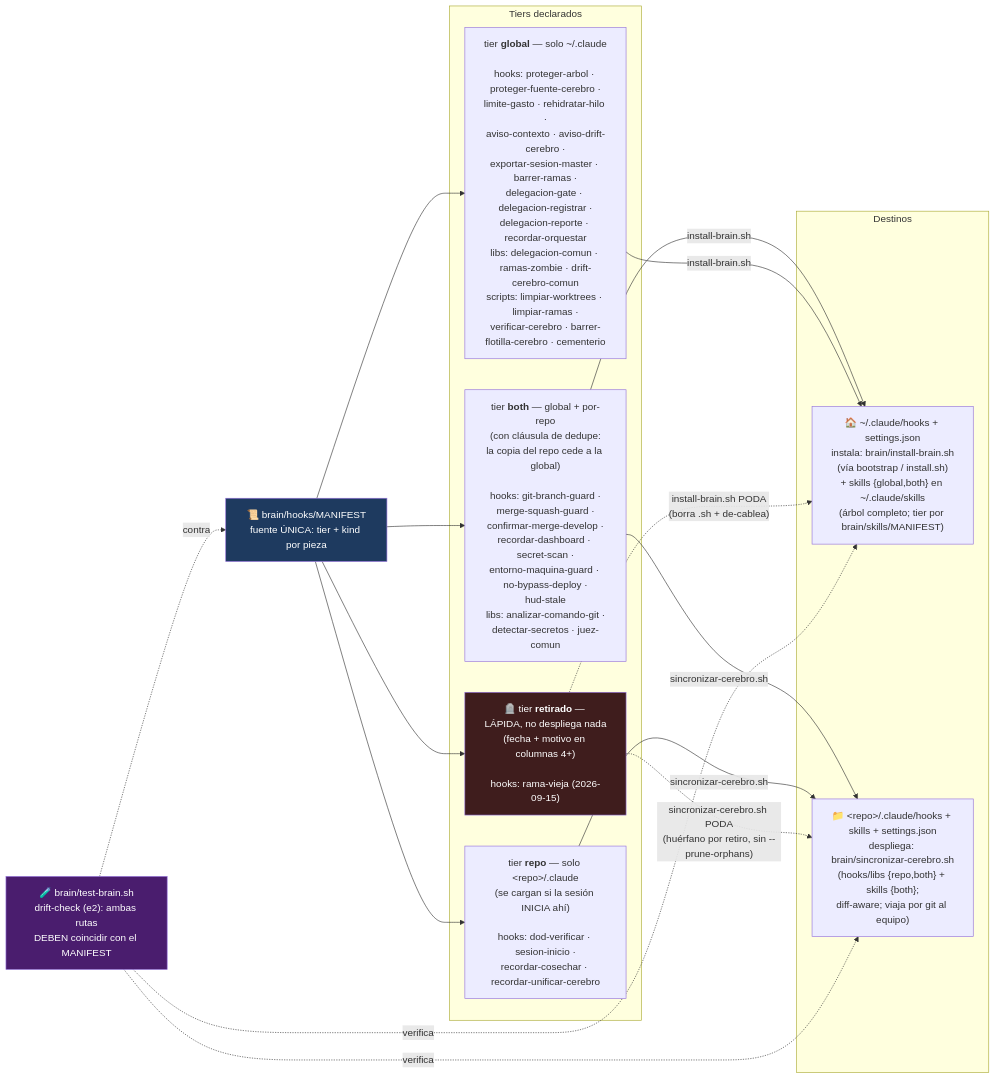
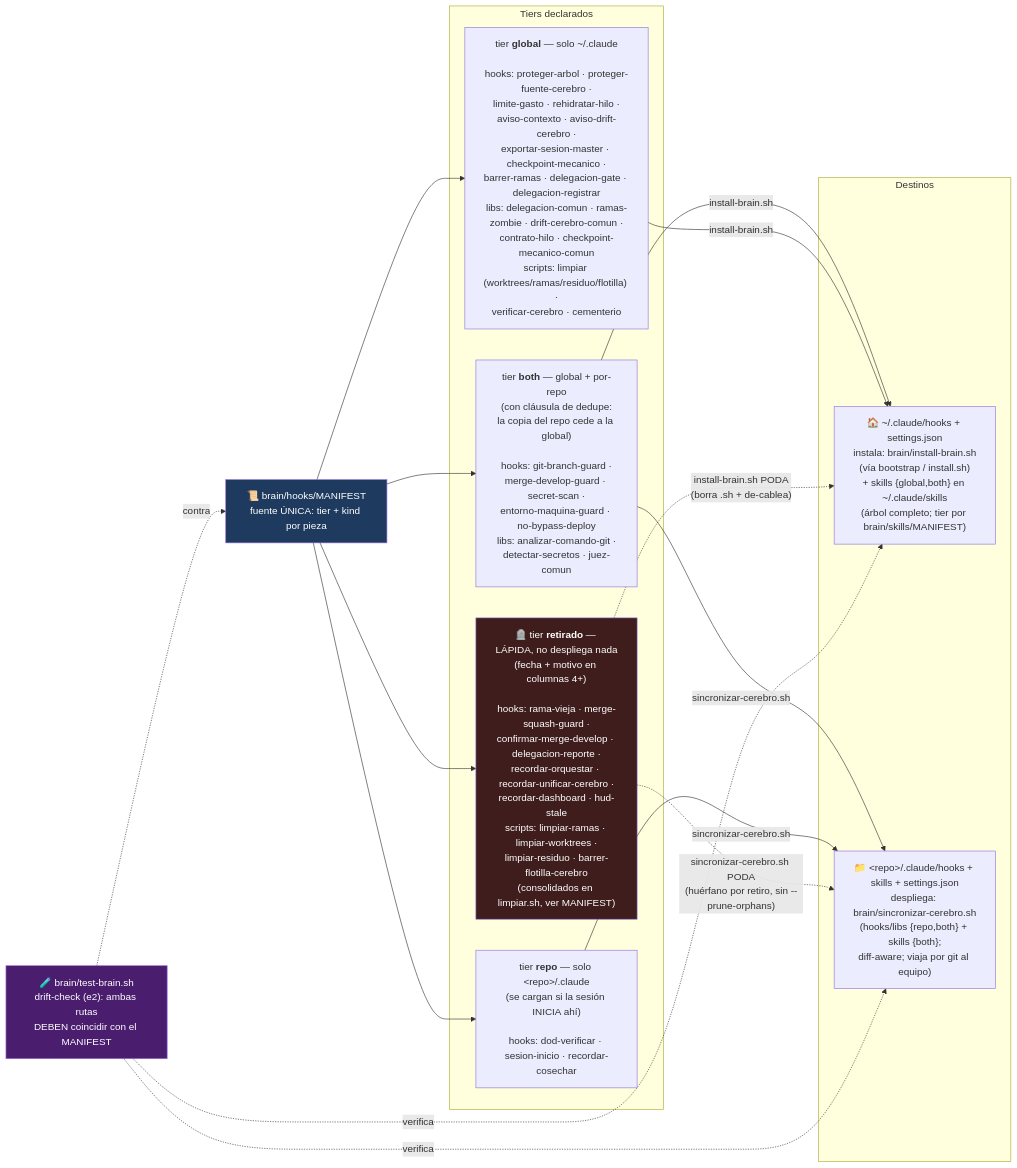
The fourth of 4 diagrams in docs/mapa-cerebro.md (unjordi/cortex), drawn with Mermaid before and after one commit. The commit also changed other lines of this file, not shown here.

````diff
--- a/docs/mapa-cerebro.md
+++ b/docs/mapa-cerebro.md
@@ -185,36 +179,36 @@
 ```mermaid
 flowchart LR
     MANIFEST["📜 brain/hooks/MANIFEST<br/>fuente ÚNICA: tier + kind por pieza"]
 
     subgraph tiers["Tiers declarados"]
-        BOTH["tier <b>both</b> — global + por-repo<br/>(con cláusula de dedupe:<br/>la copia del repo cede a la global)<br/><br/>hooks: git-branch-guard ·<br/>merge-squash-guard ·<br/>confirmar-merge-develop ·<br/>recordar-dashboard · secret-scan ·<br/>entorno-maquina-guard · no-bypass-deploy ·<br/>hud-stale<br/>libs: analizar-comando-git ·<br/>detectar-secretos · juez-comun"]
-        GLOBAL["tier <b>global</b> — solo ~/.claude<br/><br/>hooks: proteger-arbol · proteger-fuente-cerebro ·<br/>limite-gasto · rehidratar-hilo ·<br/>aviso-contexto · aviso-drift-cerebro ·<br/>exportar-sesion-master · barrer-ramas ·<br/>delegacion-gate · delegacion-registrar ·<br/>delegacion-reporte · recordar-orquestar<br/>libs: delegacion-comun · ramas-zombie · drift-cerebro-comun<br/>scripts: limpiar-worktrees · limpiar-ramas ·<br/>verificar-cerebro · barrer-flotilla-cerebro · cementerio"]
-        REPO["tier <b>repo</b> — solo &lt;repo&gt;/.claude<br/>(se cargan si la sesión INICIA ahí)<br/><br/>hooks: dod-verificar · sesion-inicio ·<br/>recordar-cosechar · recordar-unificar-cerebro"]
-        RETIRADO["🪦 tier <b>retirado</b> — LÁPIDA, no despliega nada<br/>(fecha + motivo en columnas 4+)<br/><br/>hooks: rama-vieja (2026-09-15)"]
+        BOTH["tier <b>both</b> — global + por-repo<br/>(con cláusula de dedupe:<br/>la copia del repo cede a la global)<br/><br/>hooks: git-branch-guard ·<br/>merge-develop-guard · secret-scan ·<br/>entorno-maquina-guard · no-bypass-deploy<br/>libs: analizar-comando-git ·<br/>detectar-secretos · juez-comun"]
+        GLOBAL["tier <b>global</b> — solo ~/.claude<br/><br/>hooks: proteger-arbol · proteger-fuente-cerebro ·<br/>limite-gasto · rehidratar-hilo ·<br/>aviso-contexto · aviso-drift-cerebro ·<br/>exportar-sesion-master · checkpoint-mecanico ·<br/>barrer-ramas · delegacion-gate · delegacion-registrar<br/>libs: delegacion-comun · ramas-zombie · drift-cerebro-comun ·<br/>contrato-hilo · checkpoint-mecanico-comun<br/>scripts: limpiar (worktrees/ramas/residuo/flotilla) ·<br/>verificar-cerebro · cementerio"]
+        REPO["tier <b>repo</b> — solo &lt;repo&gt;/.claude<br/>(se cargan si la sesión INICIA ahí)<br/><br/>hooks: dod-verificar · sesion-inicio · recordar-cosechar"]
+        RETIRADO["🪦 tier <b>retirado</b> — LÁPIDA, no despliega nada<br/>(fecha + motivo en columnas 4+)<br/><br/>hooks: rama-vieja · merge-squash-guard ·<br/>confirmar-merge-develop · delegacion-reporte ·<br/>recordar-orquestar · recordar-unificar-cerebro ·<br/>recordar-dashboard · hud-stale<br/>scripts: limpiar-ramas · limpiar-worktrees ·<br/>limpiar-residuo · barrer-flotilla-cerebro<br/>(consolidados en limpiar.sh, ver MANIFEST)"]
     end
 
     subgraph destinos["Destinos"]
         GDIR["🏠 ~/.claude/hooks + settings.json<br/>instala: brain/install-brain.sh<br/>(vía bootstrap / install.sh)<br/>+ skills {global,both} en ~/.claude/skills<br/>(árbol completo; tier por brain/skills/MANIFEST)"]
         RDIR["📁 &lt;repo&gt;/.claude/hooks + skills + settings.json<br/>despliega: brain/sincronizar-cerebro.sh<br/>(hooks/libs {repo,both} + skills {both};<br/>diff-aware; viaja por git al equipo)"]
     end
 
     TEST["🧪 brain/test-brain.sh<br/>drift-check (e2): ambas rutas<br/>DEBEN coincidir con el MANIFEST"]
 
     MANIFEST --> BOTH
     MANIFEST --> GLOBAL
     MANIFEST --> REPO
     MANIFEST --> RETIRADO
     BOTH -->|"install-brain.sh"| GDIR
     BOTH -->|"sincronizar-cerebro.sh"| RDIR
     GLOBAL -->|"install-brain.sh"| GDIR
     REPO -->|"sincronizar-cerebro.sh"| RDIR
     RETIRADO -.->|"install-brain.sh PODA<br/>(borra .sh + de-cablea)"| GDIR
     RETIRADO -.->|"sincronizar-cerebro.sh PODA<br/>(huérfano por retiro, sin --prune-orphans)"| RDIR
     TEST -.->|verifica| GDIR
     TEST -.->|verifica| RDIR
     TEST -.->|contra| MANIFEST
 
     style MANIFEST fill:#1e3a5f,color:#fff
     style TEST fill:#4a1d6e,color:#fff
     style RETIRADO fill:#3f1d1d,color:#fff
 ```
````
